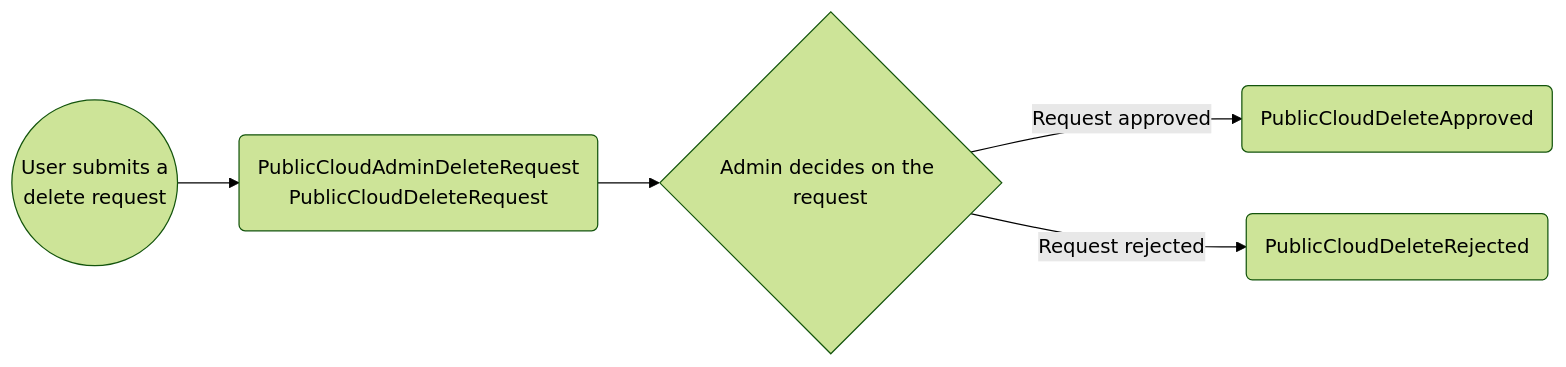
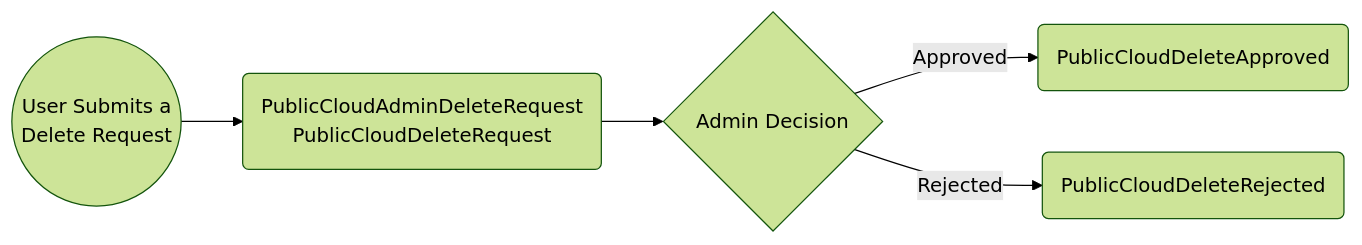
One commit to bcgov/platform-services-registry changed the third of 3 diagrams in docs/business-logic/public-cloud/email-scenario.md. Above: the diagram before and after it, drawn with Mermaid (forest theme). The commit also changed other lines of this file and 41 other files, not shown here.

````diff
--- a/docs/business-logic/public-cloud/email-scenario.md
+++ b/docs/business-logic/public-cloud/email-scenario.md
@@ -95,7 +92,7 @@
 ```mermaid
 flowchart LR
-    A((User submits a <br> delete request)) --> B(PublicCloudAdminDeleteRequest<br>PublicCloudDeleteRequest)
-    B --> C{Admin decides on the request}
-    C -->|Request approved| D(PublicCloudDeleteApproved)
-    C -->|Request rejected| E(PublicCloudDeleteRejected)
+    A((User Submits a <br> Delete Request)) --> B(PublicCloudAdminDeleteRequest<br>PublicCloudDeleteRequest)
+    B --> C{Admin Decision}
+    C -->|Approved| D(PublicCloudDeleteApproved)
+    C -->|Rejected| E(PublicCloudDeleteRejected)
 ```
````
